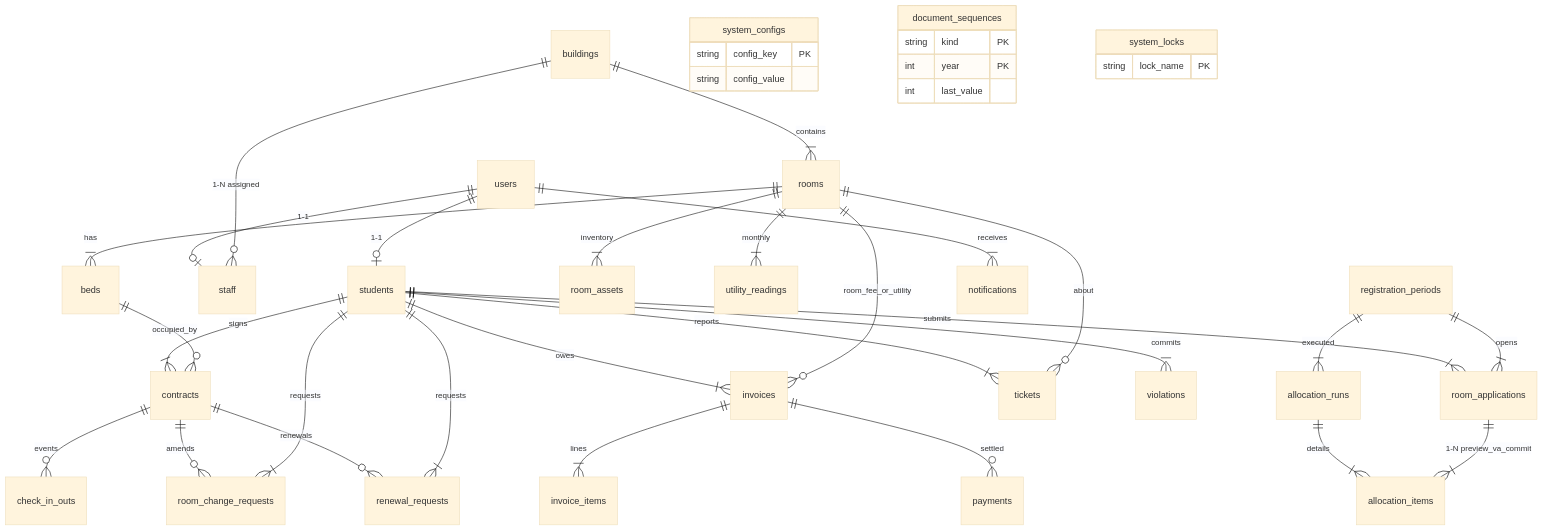
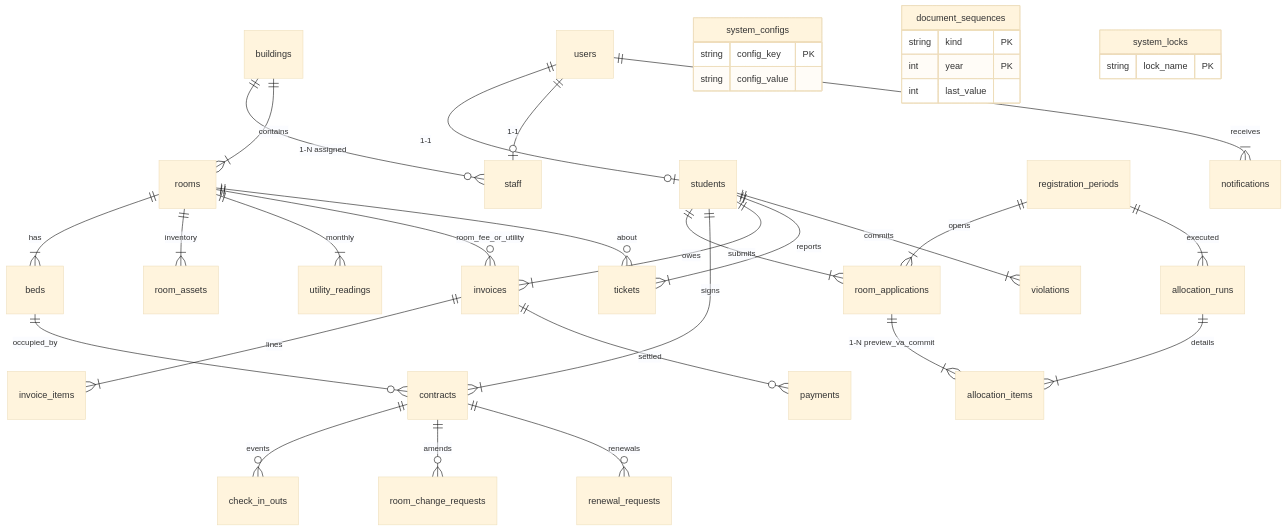
One commit to hoclaptrinh33/BTL_Java_Web_QlyKiTucXa changed the diagram in docs/03-mo-hinh-du-lieu.md. Above: the diagram before and after it, drawn with Mermaid (base theme). The commit also changed other lines of this file and 232 other files, not shown here.

````diff
--- a/docs/03-mo-hinh-du-lieu.md
+++ b/docs/03-mo-hinh-du-lieu.md
@@ -36,42 +36,40 @@
 ```mermaid
 erDiagram
     users ||--o| students : "1-1"
     users ||--o| staff : "1-1"
     buildings ||--o{ staff : "1-N assigned"
     buildings ||--|{ rooms : contains
     rooms ||--|{ beds : has
     rooms ||--|{ room_assets : inventory
     rooms ||--|{ utility_readings : monthly
     students ||--|{ room_applications : submits
     registration_periods ||--|{ room_applications : opens
     registration_periods ||--|{ allocation_runs : executed
     allocation_runs ||--|{ allocation_items : details
     room_applications ||--|{ allocation_items : "1-N preview_va_commit"
     students ||--|{ contracts : signs
     beds ||--o{ contracts : occupied_by
     contracts ||--o{ check_in_outs : events
     contracts ||--o{ room_change_requests : amends
-    students ||--|{ room_change_requests : requests
     contracts ||--o{ renewal_requests : renewals
-    students ||--|{ renewal_requests : requests
     students ||--|{ invoices : owes
     invoices ||--|{ invoice_items : lines
     invoices ||--o{ payments : settled
     rooms ||--o{ invoices : room_fee_or_utility
     students ||--|{ tickets : reports
     rooms ||--o{ tickets : about
     students ||--|{ violations : commits
     users ||--|{ notifications : receives
     system_configs {
         string config_key PK
         string config_value
     }
     document_sequences {
         string kind PK
         int year PK
         int last_value
     }
     system_locks {
         string lock_name PK
     }
 ```
````
